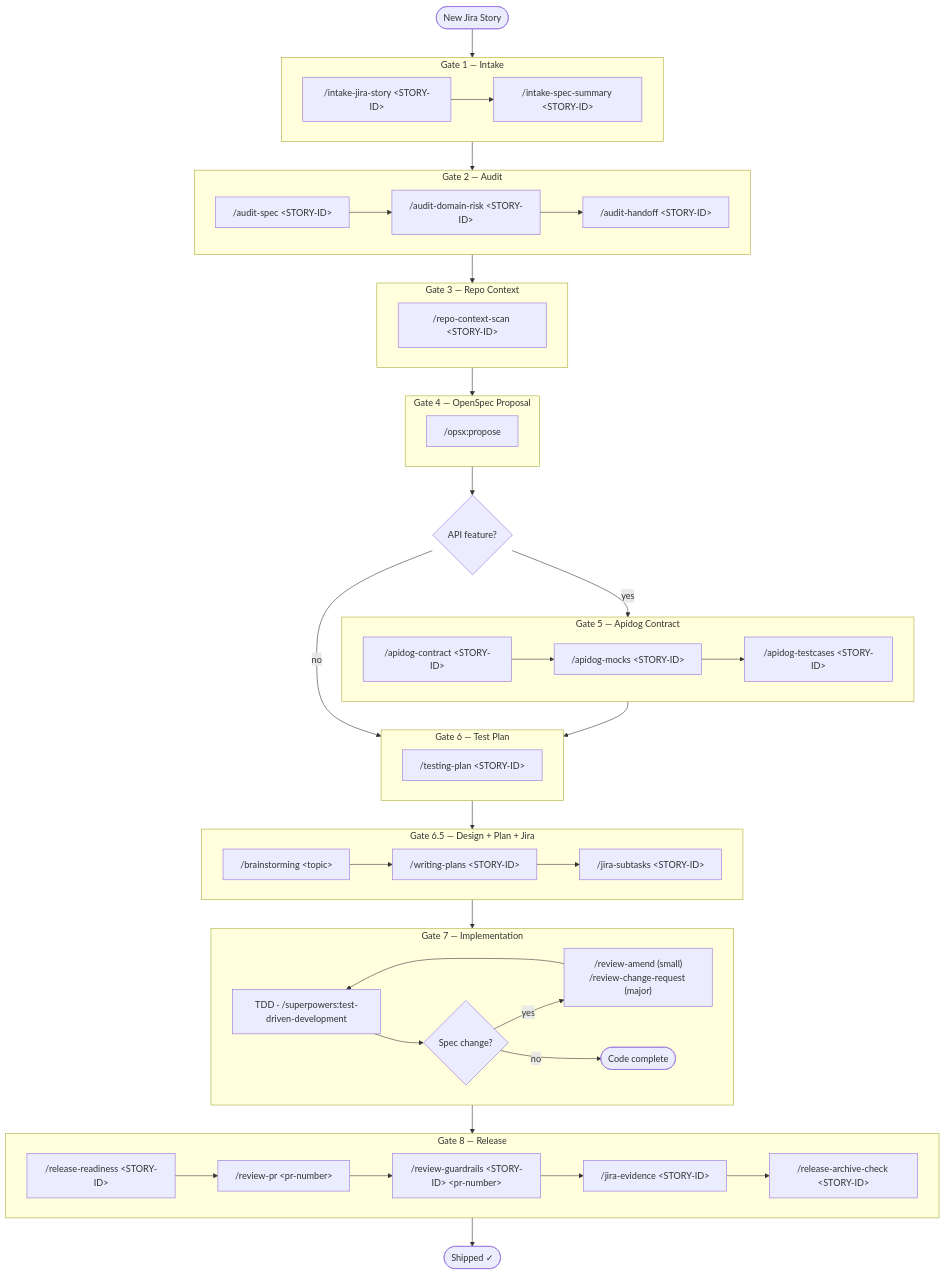
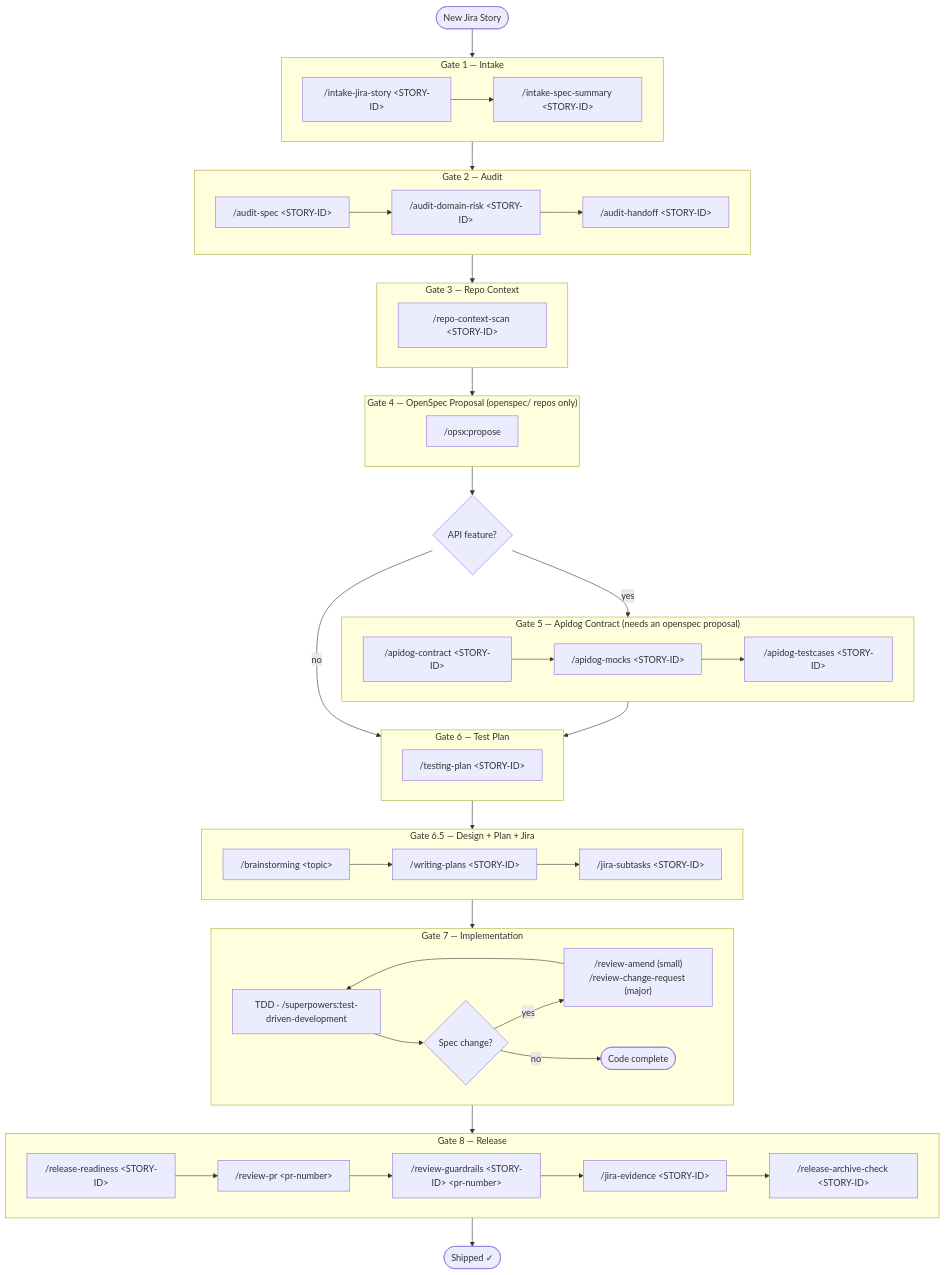
Before and after one commit to herocwhsu/agent-skills-setup: the diagram in README.md, drawn with Mermaid. The commit also changed other lines of this file and 1 other file, not shown here.

Commit message:
refactor: scope the openspec gates to repos that actually have openspec/
Part IV mandated a 10-gate workflow in every session of every project, but
only 4 of ~30 repos have an openspec/ directory, and gate 5 (/opsx:propose)
has no implementation here at all -- it is the OpenSpec CLI.

The default flow is now the 6 gates that write only under
docs/stories/<JIRA-ID>-<slug>/, each naming its skill, with superpowers named
as the process layer (audit-handoff already invokes brainstorming). The
openspec gates move into a nested conditional addendum that says plainly
/opsx:* is the CLI, so an agent in a non-openspec repo skips it instead of
reporting a blocked gate.

Apidog is listed under the addendum rather than the default flow because
apidog/contract hard-requires openspec/changes/<id>/proposal.md and exits.

The README diagram keeps its own numbering (it counts Implementation and
Release as gates, so it never matched this file) but its two openspec nodes
are now labelled conditional.

````diff
--- a/README.md
+++ b/README.md
@@ -62,81 +62,81 @@
 ```mermaid
 flowchart TD
     A([New Jira Story]) --> G1
 
     subgraph G1["Gate 1 — Intake"]
         B["/intake-jira-story &lt;STORY-ID&gt;"]
         C["/intake-spec-summary &lt;STORY-ID&gt;"]
         B --> C
     end
 
     G1 --> G2
 
     subgraph G2["Gate 2 — Audit"]
         D["/audit-spec &lt;STORY-ID&gt;"]
         E["/audit-domain-risk &lt;STORY-ID&gt;"]
         F["/audit-handoff &lt;STORY-ID&gt;"]
         D --> E --> F
     end
 
     G2 --> G3
 
     subgraph G3["Gate 3 — Repo Context"]
         H["/repo-context-scan &lt;STORY-ID&gt;"]
     end
 
     G3 --> G4
 
-    subgraph G4["Gate 4 — OpenSpec Proposal"]
+    subgraph G4["Gate 4 — OpenSpec Proposal (openspec/ repos only)"]
         I["/opsx:propose"]
     end
 
     G4 --> API_CHECK{API feature?}
     API_CHECK -- yes --> G5
     API_CHECK -- no --> G6
 
-    subgraph G5["Gate 5 — Apidog Contract"]
+    subgraph G5["Gate 5 — Apidog Contract (needs an openspec proposal)"]
         J["/apidog-contract &lt;STORY-ID&gt;"]
         K["/apidog-mocks &lt;STORY-ID&gt;"]
         L["/apidog-testcases &lt;STORY-ID&gt;"]
         J --> K --> L
     end
 
     G5 --> G6
 
     subgraph G6["Gate 6 — Test Plan"]
         M["/testing-plan &lt;STORY-ID&gt;"]
     end
 
     G6 --> G65
 
     subgraph G65["Gate 6.5 — Design + Plan + Jira"]
         N["/brainstorming &lt;topic&gt;"]
         O["/writing-plans &lt;STORY-ID&gt;"]
         P["/jira-subtasks &lt;STORY-ID&gt;"]
         N --> O --> P
     end
 
     G65 --> G7
 
     subgraph G7["Gate 7 — Implementation"]
         Q["TDD · /superpowers:test-driven-development"]
         R{Spec change?}
         S["/review-amend (small)<br>/review-change-request (major)"]
         Q --> R
         R -- yes --> S --> Q
         R -- no --> DONE_IMPL([Code complete])
     end
 
     G7 --> G8
 
     subgraph G8["Gate 8 — Release"]
         T["/release-readiness &lt;STORY-ID&gt;"]
         U["/review-pr &lt;pr-number&gt;"]
         V["/review-guardrails &lt;STORY-ID&gt; &lt;pr-number&gt;"]
         W["/jira-evidence &lt;STORY-ID&gt;"]
         X["/release-archive-check &lt;STORY-ID&gt;"]
         T --> U --> V --> W --> X
     end
 
     G8 --> Z([Shipped ✓])
 ```
````
